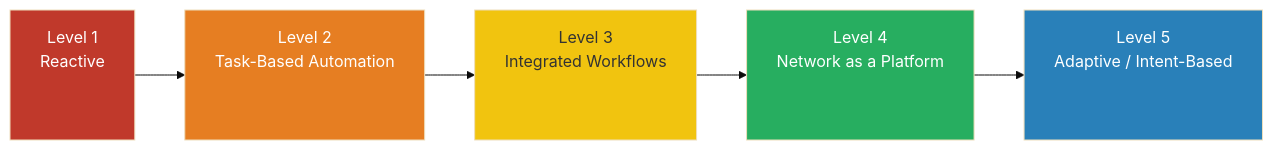
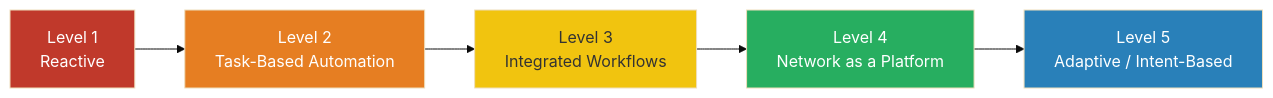
One commit to ppklau/network_automation_handbook changed the diagram in 03-maturity-model/chapter.md. Above: the diagram before and after it, drawn with Mermaid (base theme). The commit also changed 17 other files, not shown here.

Commit message:
Modified sync script to generate static SVG for mermaid Gnatt charts.

````diff
--- a/03-maturity-model/chapter.md
+++ b/03-maturity-model/chapter.md
@@ -65,13 +65,13 @@
 ```mermaid
 graph LR
-    L1["<div style='min-height:100px'>Level 1<br>Reactive</div>"] --> L2["<div style='min-height:100px'>Level 2<br>Task-Based Automation</div>"]
-    L2 --> L3["<div style='min-height:100px'>Level 3<br>Integrated Workflows</div>"]
-    L3 --> L4["<div style='min-height:100px'>Level 4<br>Network as a Platform</div>"]
-    L4 --> L5["<div style='min-height:100px'>Level 5<br>Adaptive / Intent-Based</div>"]
+    L1["Level 1<br>Reactive</div>"] --> L2["Level 2<br>Task-Based Automation"]
+    L2 --> L3["Level 3<br>Integrated Workflows"]
+    L3 --> L4["Level 4<br>Network as a Platform"]
+    L4 --> L5["Level 5<br>Adaptive / Intent-Based"]
 
     style L1 fill:#c0392b,color:#fff
     style L2 fill:#e67e22,color:#fff
     style L3 fill:#f1c40f,color:#333
     style L4 fill:#27ae60,color:#fff
     style L5 fill:#2980b9,color:#fff
 ```
````
